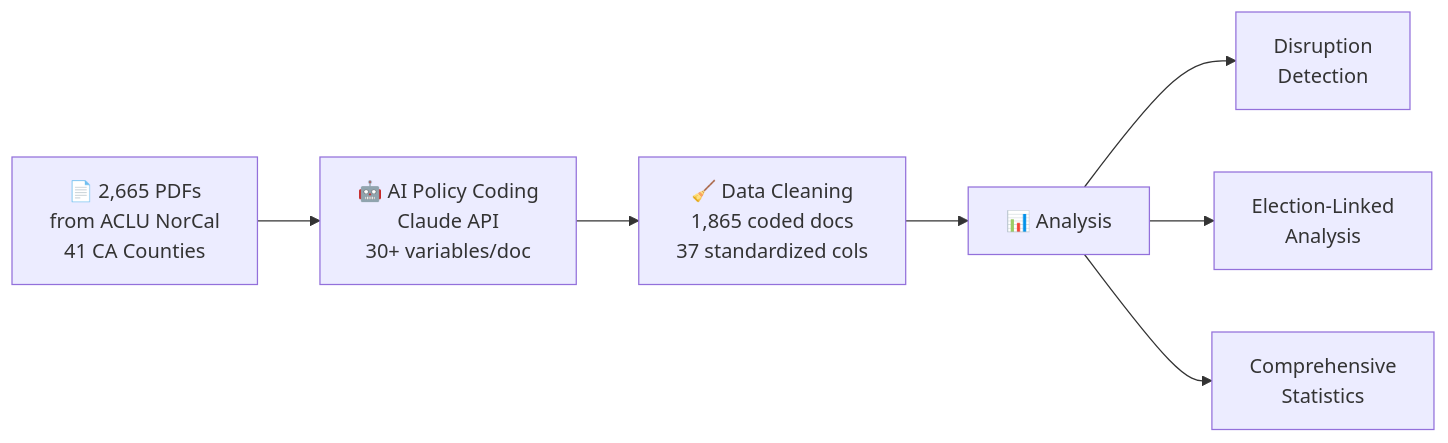
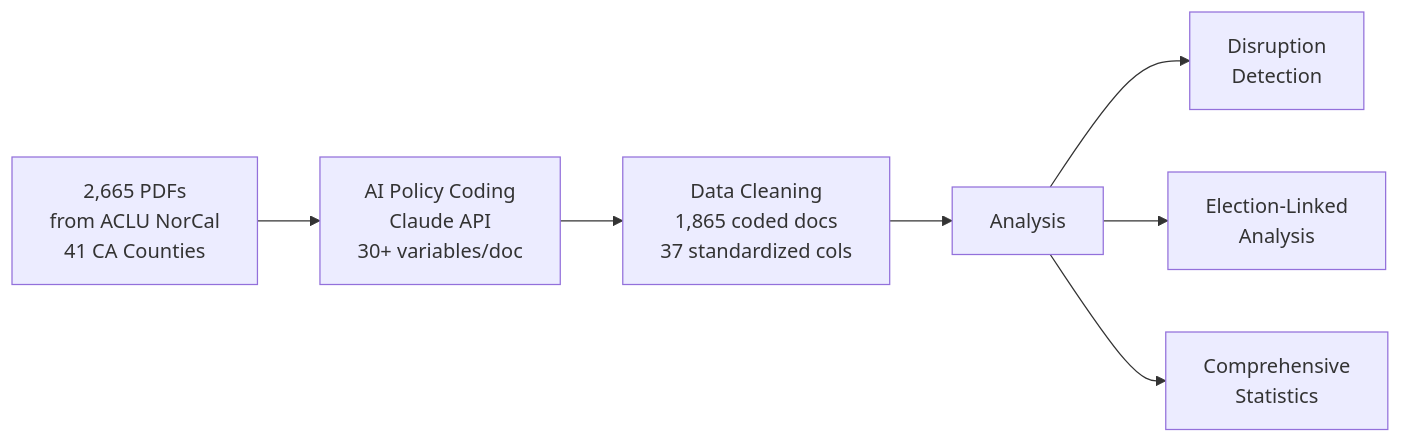
One commit to dyo2112/prosecutor-policies-causal-inference changed the diagram in README.md. Above: the diagram before and after it, drawn with Mermaid. The commit also changed other lines of this file, not shown here.

````diff
--- a/README.md
+++ b/README.md
@@ -20,9 +20,9 @@
 ```mermaid
 flowchart LR
-    A["📄 2,665 PDFs\nfrom ACLU NorCal\n41 CA Counties"] --> B["🤖 AI Policy Coding\nClaude API\n30+ variables/doc"]
-    B --> C["🧹 Data Cleaning\n1,865 coded docs\n37 standardized cols"]
-    C --> D["📊 Analysis"]
+    A["2,665 PDFs\nfrom ACLU NorCal\n41 CA Counties"] --> B["AI Policy Coding\nClaude API\n30+ variables/doc"]
+    B --> C["Data Cleaning\n1,865 coded docs\n37 standardized cols"]
+    C --> D["Analysis"]
     D --> E["Disruption\nDetection"]
     D --> F["Election-Linked\nAnalysis"]
     D --> G["Comprehensive\nStatistics"]
 ```
````
